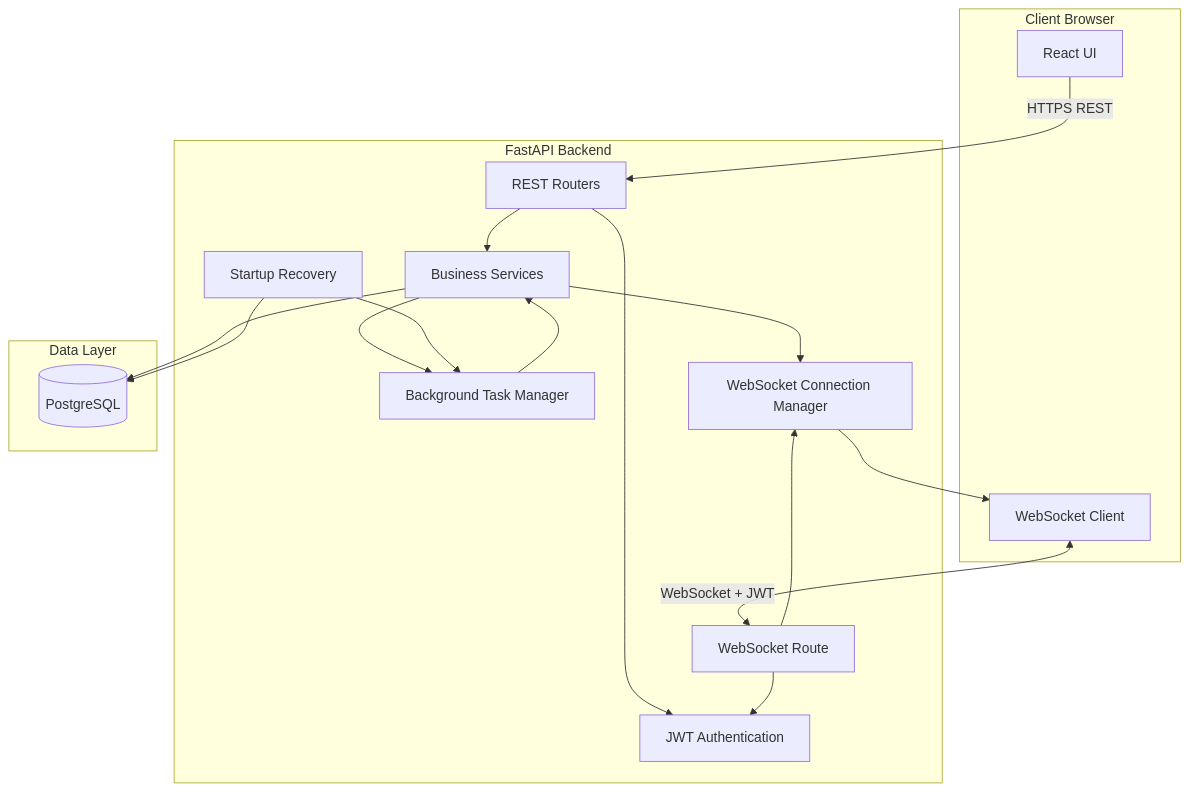
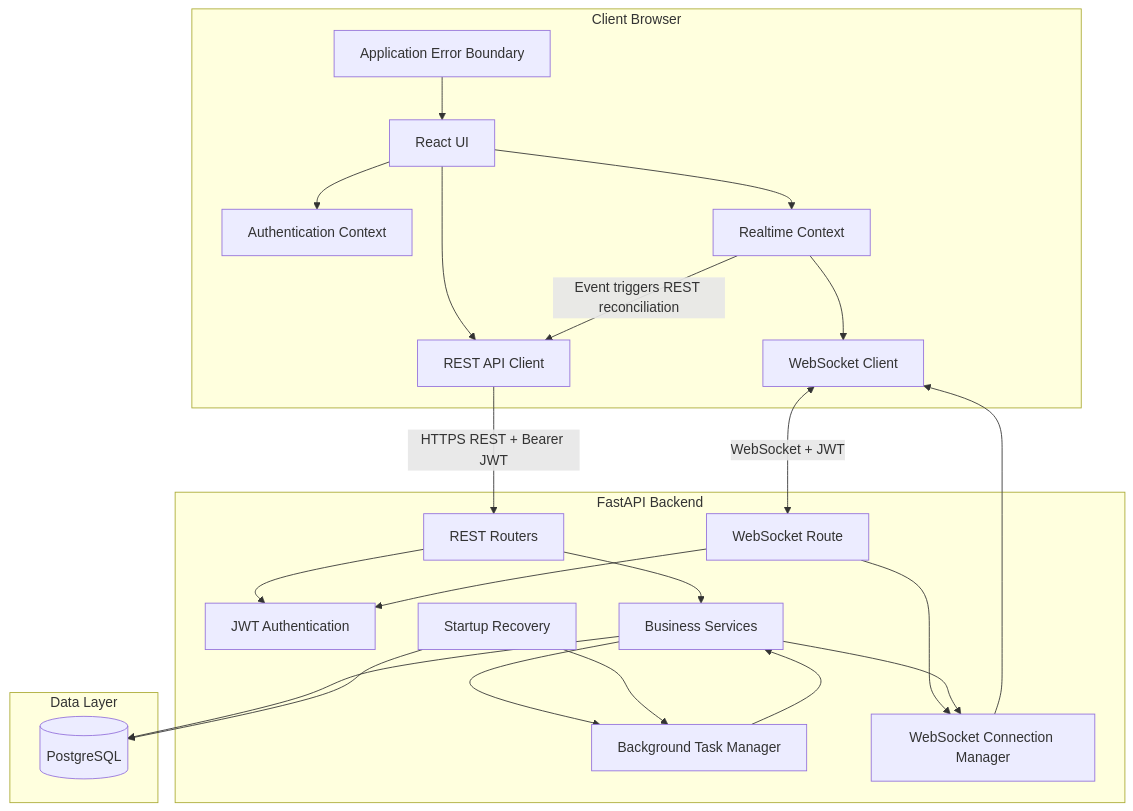
The first of 10 diagrams in Documents/System Design.md (elias282000/Technohaven-Recruitement-Assignement), drawn with Mermaid before and after one commit. The commit also changed other lines of this file and 1 other file, not shown here.

````diff
--- a/Documents/System Design.md
+++ b/Documents/System Design.md
@@ -19,35 +19,46 @@
 ```mermaid
 graph TB
     subgraph Client["Client Browser"]
         UI["React UI"]
+        AuthContext["Authentication Context"]
+        RealtimeContext["Realtime Context"]
+        APIClient["REST API Client"]
         WSClient["WebSocket Client"]
+        ErrorBoundary["Application Error Boundary"]
+
+        UI --> AuthContext
+        UI --> RealtimeContext
+        UI --> APIClient
+        RealtimeContext --> WSClient
+        ErrorBoundary --> UI
     end
 
     subgraph Backend["FastAPI Backend"]
         REST["REST Routers"]
         WSRoute["WebSocket Route"]
         Auth["JWT Authentication"]
         Services["Business Services"]
         TaskManager["Background Task Manager"]
         Recovery["Startup Recovery"]
         WSManager["WebSocket Connection Manager"]
     end
 
     subgraph Data["Data Layer"]
         DB[("PostgreSQL")]
     end
 
-    UI -->|HTTPS REST| REST
+    APIClient -->|HTTPS REST + Bearer JWT| REST
     WSClient <-->|WebSocket + JWT| WSRoute
     REST --> Auth
     WSRoute --> Auth
     REST --> Services
     WSRoute --> WSManager
     Services --> DB
     Services --> TaskManager
     TaskManager --> Services
     Services --> WSManager
     Recovery --> DB
     Recovery --> TaskManager
     WSManager --> WSClient
+    RealtimeContext -->|Event triggers REST reconciliation| APIClient
 ```
````
